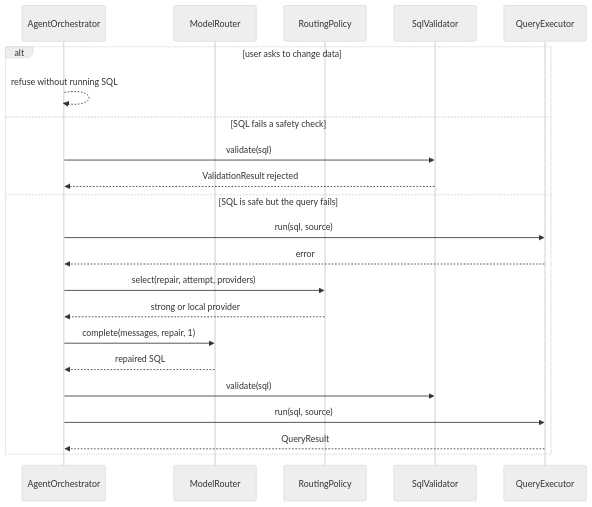
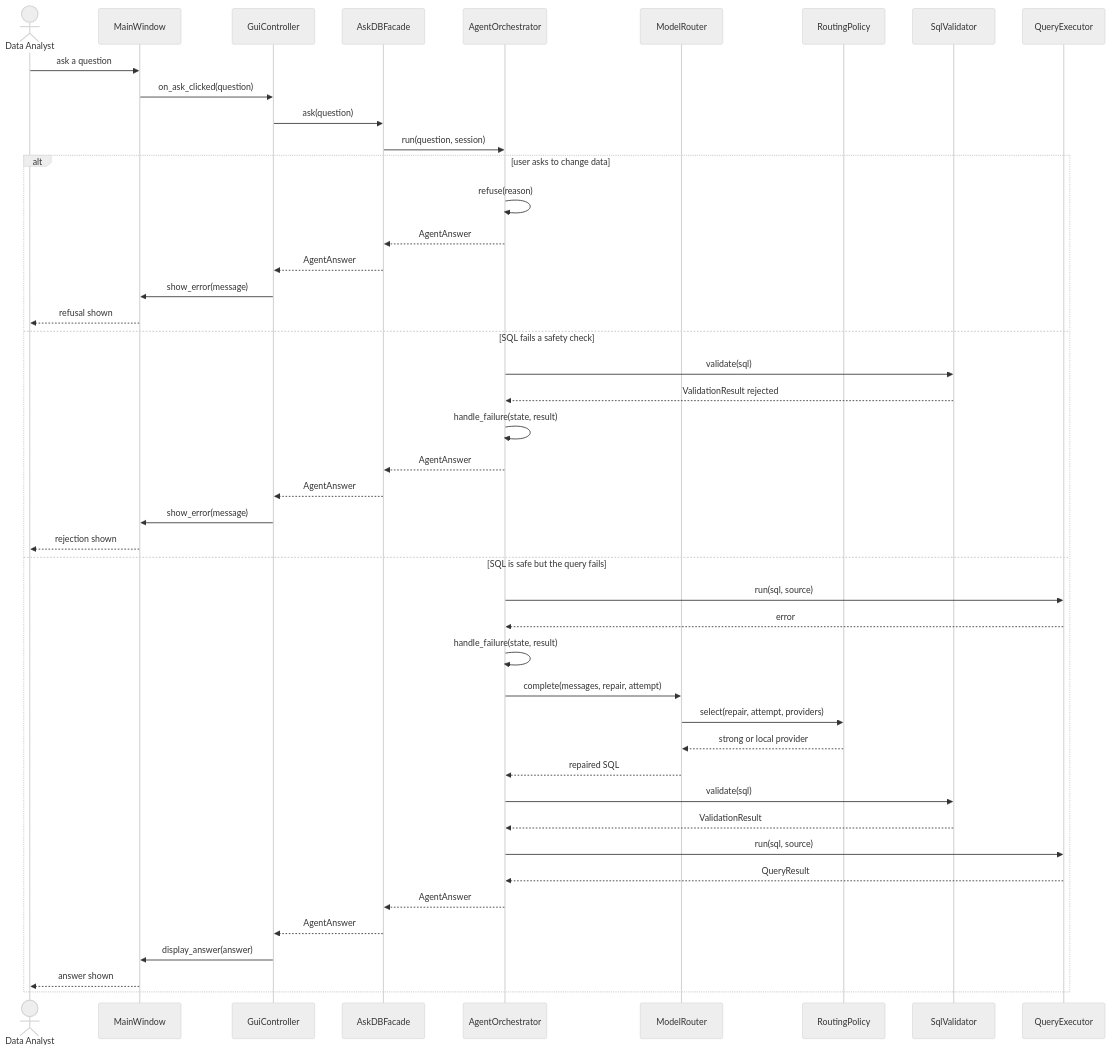
Before and after one commit to krishi-shah/AskDB-Data-Analyst-Agent: the ninth of 15 diagrams in docs/Stage1_Design_Report.md, drawn with Mermaid (neutral theme). The commit also changed other lines of this file, not shown here.

Commit message:
Complete the Stage 1 diagrams with the window, actors, and multiplicities.

````diff
--- a/docs/Stage1_Design_Report.md
+++ b/docs/Stage1_Design_Report.md
@@ -1079,25 +1152,48 @@
 ```mermaid
 sequenceDiagram
+    actor A as Data Analyst
+    participant MW as MainWindow
+    participant GC as GuiController
+    participant F as AskDBFacade
     participant O as AgentOrchestrator
     participant MR as ModelRouter
     participant POL as RoutingPolicy
     participant V as SqlValidator
     participant QE as QueryExecutor
 
+    A->>MW: ask a question
+    MW->>GC: on_ask_clicked(question)
+    GC->>F: ask(question)
+    F->>O: run(question, session)
     alt user asks to change data
-        O-->>O: refuse without running SQL
+        O->>O: refuse(reason)
+        O-->>F: AgentAnswer
+        F-->>GC: AgentAnswer
+        GC->>MW: show_error(message)
+        MW-->>A: refusal shown
     else SQL fails a safety check
         O->>V: validate(sql)
         V-->>O: ValidationResult rejected
+        O->>O: handle_failure(state, result)
+        O-->>F: AgentAnswer
+        F-->>GC: AgentAnswer
+        GC->>MW: show_error(message)
+        MW-->>A: rejection shown
     else SQL is safe but the query fails
         O->>QE: run(sql, source)
         QE-->>O: error
-        O->>POL: select(repair, attempt, providers)
-        POL-->>O: strong or local provider
-        O->>MR: complete(messages, repair, 1)
+        O->>O: handle_failure(state, result)
+        O->>MR: complete(messages, repair, attempt)
+        MR->>POL: select(repair, attempt, providers)
+        POL-->>MR: strong or local provider
         MR-->>O: repaired SQL
         O->>V: validate(sql)
+        V-->>O: ValidationResult
         O->>QE: run(sql, source)
         QE-->>O: QueryResult
+        O-->>F: AgentAnswer
+        F-->>GC: AgentAnswer
+        GC->>MW: display_answer(answer)
+        MW-->>A: answer shown
     end
 ```
````
